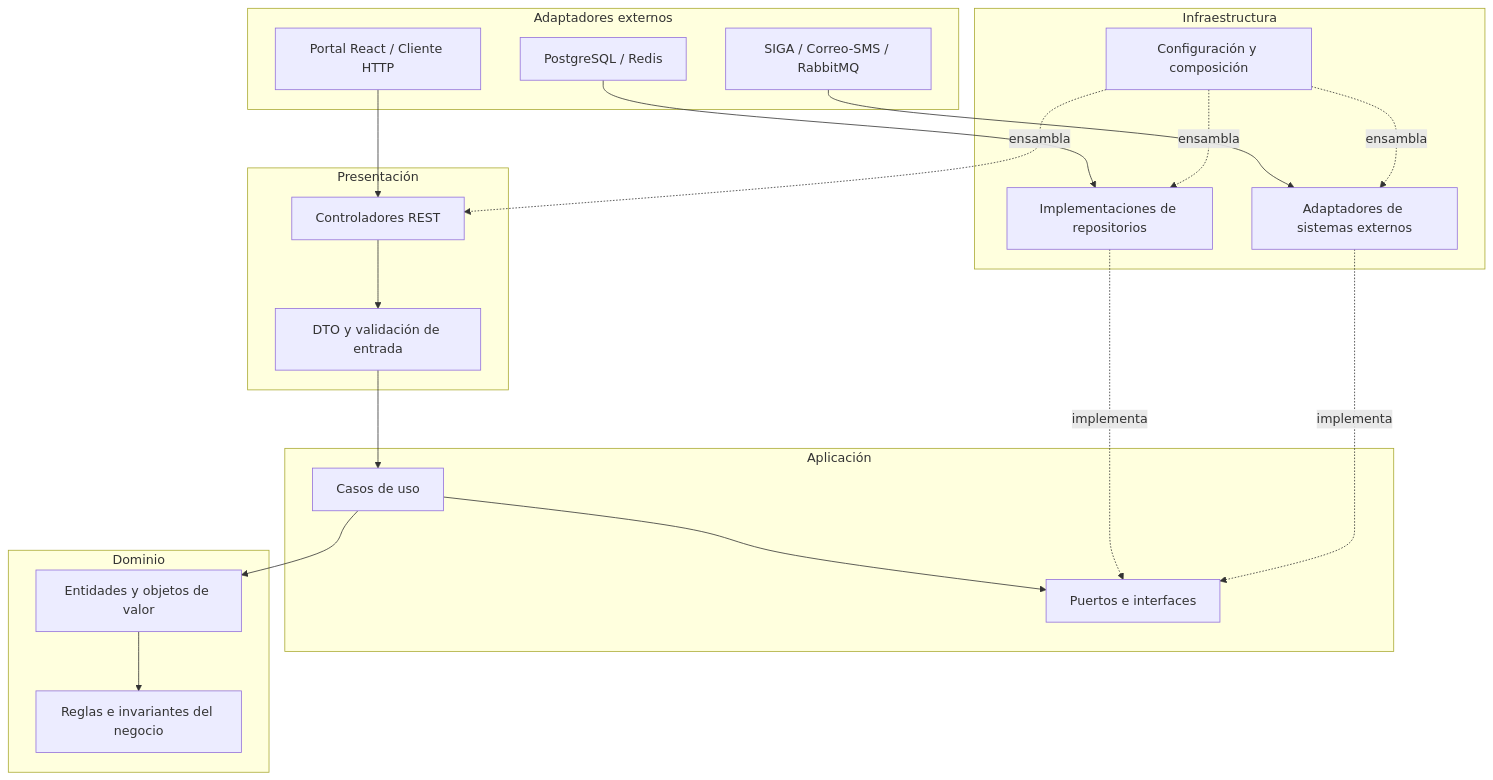
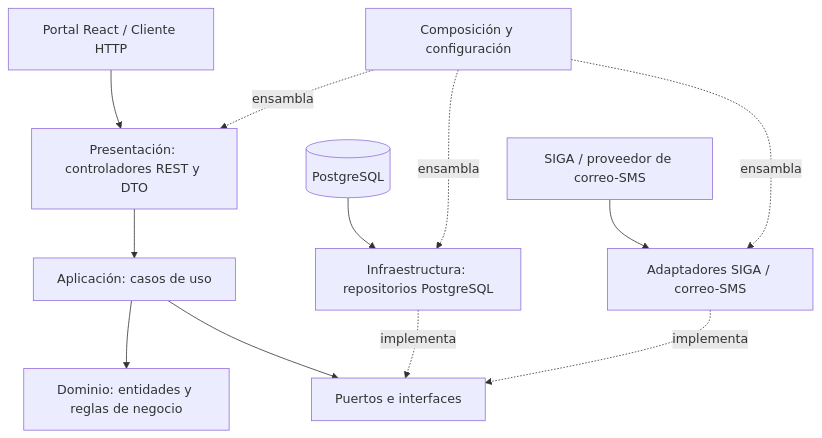
One commit to Jhoncode987/Sistema-de-Gestion-y-Publicacion-Practicas-Preprofesionales changed the diagram in arquitectura/enfoque/enfoque-arquitectonico.md. Above: the diagram before and after it, drawn with Mermaid. The commit also changed other lines of this file, not shown here.

Commit message:
docs: adaptar Clean Architecture al monolito modular

````diff
--- a/arquitectura/enfoque/enfoque-arquitectonico.md
+++ b/arquitectura/enfoque/enfoque-arquitectonico.md
@@ -34,43 +46,14 @@
 ```mermaid
 flowchart TB
-    subgraph EXT["Adaptadores externos"]
-        UI["Portal React / Cliente HTTP"]
-        DB["PostgreSQL / Redis"]
-        EXTAPI["SIGA / Correo-SMS / RabbitMQ"]
-    end
-
-    subgraph PRES["Presentación"]
-        CTRL["Controladores REST"]
-        DTO["DTO y validación de entrada"]
-    end
-
-    subgraph APP["Aplicación"]
-        UC["Casos de uso"]
-        PORT["Puertos e interfaces"]
-    end
-
-    subgraph DOM["Dominio"]
-        ENT["Entidades y objetos de valor"]
-        RULES["Reglas e invariantes del negocio"]
-    end
-
-    subgraph INF["Infraestructura"]
-        REPO["Implementaciones de repositorios"]
-        ADAPT["Adaptadores de sistemas externos"]
-        CONFIG["Configuración y composición"]
-    end
-
-    UI --> CTRL
-    CTRL --> DTO
-    DTO --> UC
-    UC --> ENT
-    ENT --> RULES
-    UC --> PORT
-    REPO -. implementa .-> PORT
-    ADAPT -. implementa .-> PORT
-    DB --> REPO
-    EXTAPI --> ADAPT
-    CONFIG -. ensambla .-> CTRL
+    UI["Portal React / Cliente HTTP"] --> CTRL["Presentación: controladores REST y DTO"]
+    CTRL --> UC["Aplicación: casos de uso"]
+    UC --> ENT["Dominio: entidades y reglas de negocio"]
+    UC --> PORT["Puertos e interfaces"]
+    REPO["Infraestructura: repositorios PostgreSQL"] -. implementa .-> PORT
+    ADAPT["Adaptadores SIGA / correo-SMS"] -. implementa .-> PORT
+    DB[(PostgreSQL)] --> REPO
+    EXTAPI["SIGA / proveedor de correo-SMS"] --> ADAPT
+    CONFIG["Composición y configuración"] -. ensambla .-> CTRL
     CONFIG -. ensambla .-> REPO
     CONFIG -. ensambla .-> ADAPT
 ```
````
